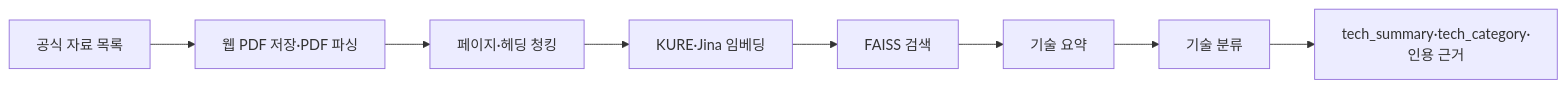
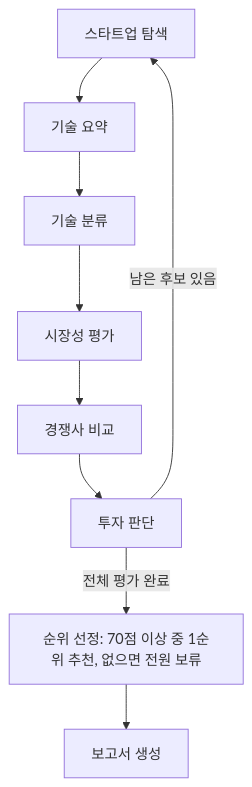
One commit to SKALA-ULSAN-4-3/AI-RAG changed the diagram in README.md. Above: the diagram before and after it, drawn with Mermaid. The commit also changed other lines of this file, not shown here.

````diff
--- a/README.md
+++ b/README.md
@@ -48,10 +67,11 @@
 ```mermaid
-flowchart LR
-    A[공식 자료 목록] --> B[웹 PDF 저장·PDF 파싱]
-    B --> C[페이지·헤딩 청킹]
-    C --> D[KURE·Jina 임베딩]
-    D --> E[FAISS 검색]
-    E --> F[기술 요약]
-    F --> G[기술 분류]
-    G --> H[tech_summary·tech_category·인용 근거]
+graph TD
+    A[스타트업 탐색] --> B[기술 요약]
+    B --> C[기술 분류]
+    C --> D[시장성 평가]
+    D --> E[경쟁사 비교]
+    E --> F[투자 판단]
+    F -->|남은 후보 있음| A
+    F -->|전체 평가 완료| H[순위 선정: 70점 이상 중 1순위 추천, 없으면 전원 보류]
+    H --> G[보고서 생성]
 ```
````
